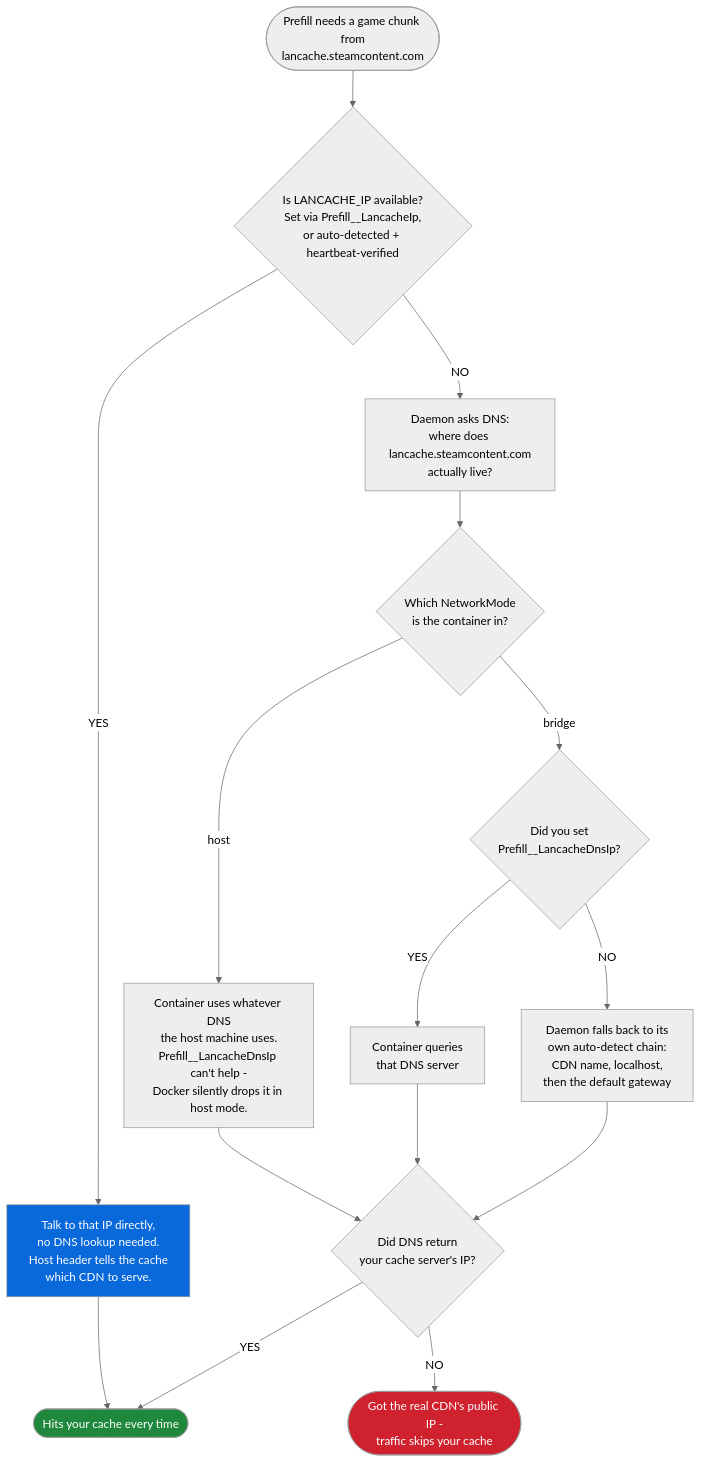
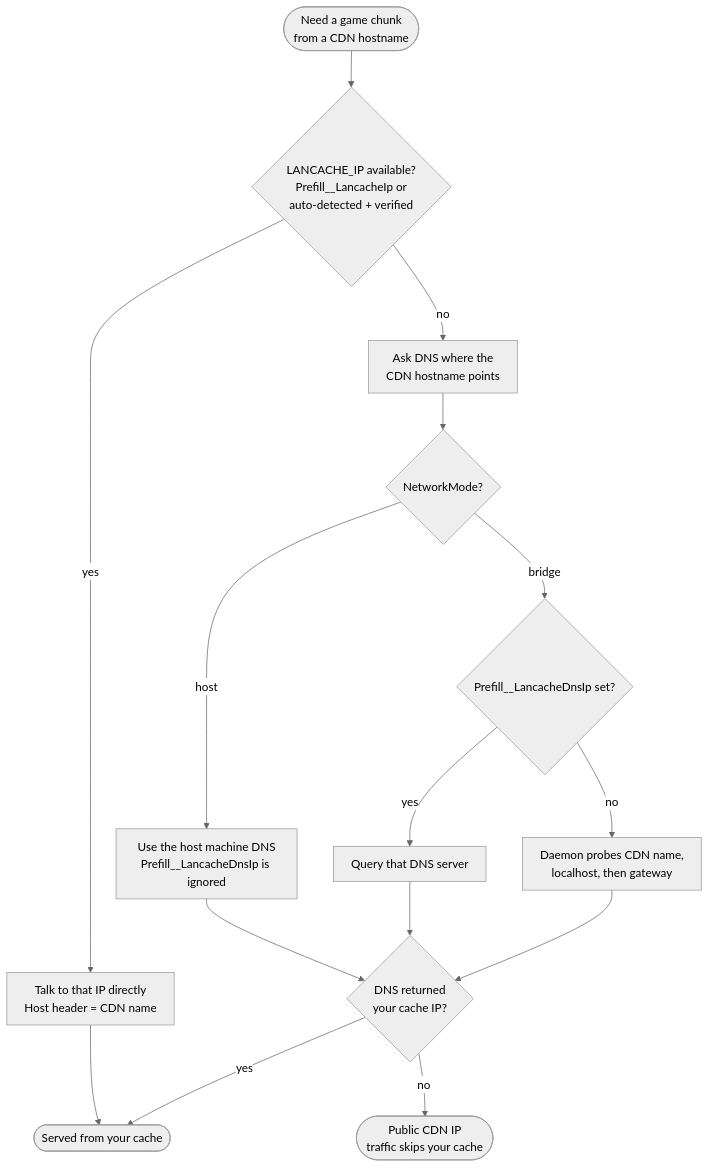
The diagram in docs-site/content/prefill.en.md (regix1/lancache-manager), drawn with Mermaid (neutral theme) before and after one commit. The commit also changed other lines of this file and 20 other files, not shown here.

First line of the commit message:
Fix Prefill Mermaid routing, add env-var copy buttons, and refresh docs tooling.

````diff
--- a/docs-site/content/prefill.en.md
+++ b/docs-site/content/prefill.en.md
@@ -185,30 +184,32 @@
-```mermaid
-flowchart TD
-    Start([Prefill needs a game chunk from<br/>lancache.steamcontent.com])
-    LIP{Is LANCACHE_IP available?<br/>Set via Prefill__LancacheIp,<br/>or auto-detected + heartbeat-verified}
+    ```mermaid
+    ---
+    config:
+      flowchart:
+        curve: basis
+        padding: 12
+    ---
+    flowchart TD
+      Start([Need a game chunk<br/>from a CDN hostname])
+      HasIp{LANCACHE_IP available?<br/>Prefill__LancacheIp or<br/>auto-detected + verified}
 
-    Start --> LIP
+      Start --> HasIp
 
-    LIP -->|YES| Direct[Talk to that IP directly,<br/>no DNS lookup needed.<br/>Host header tells the cache<br/>which CDN to serve.]
-    Direct --> OK([Hits your cache every time])
+      HasIp -->|yes| Direct[Talk to that IP directly<br/>Host header = CDN name]
+      Direct --> Hit([Served from your cache])
 
-    LIP -->|NO| DNS[Daemon asks DNS:<br/>where does lancache.steamcontent.com<br/>actually live?]
-    DNS --> Mode{Which NetworkMode<br/>is the container in?}
+      HasIp -->|no| AskDns[Ask DNS where the<br/>CDN hostname points]
+      AskDns --> Mode{NetworkMode?}
 
-    Mode -->|host| HostDNS[Container uses whatever DNS<br/>the host machine uses.<br/>Prefill__LancacheDnsIp can't help -<br/>Docker silently drops it in host mode.]
-    Mode -->|bridge| BridgeDNS{Did you set<br/>Prefill__LancacheDnsIp?}
+      Mode -->|host| HostDns[Use the host machine DNS<br/>Prefill__LancacheDnsIp is ignored]
+      Mode -->|bridge| Bridge{Prefill__LancacheDnsIp set?}
 
-    BridgeDNS -->|YES| ForcedDNS[Container queries<br/>that DNS server]
-    BridgeDNS -->|NO| AutoDetect[Daemon falls back to its<br/>own auto-detect chain:<br/>CDN name, localhost,<br/>then the default gateway]
+      Bridge -->|yes| Forced[Query that DNS server]
+      Bridge -->|no| Probe[Daemon probes CDN name,<br/>localhost, then gateway]
 
-    HostDNS --> Outcome{Did DNS return<br/>your cache server's IP?}
-    ForcedDNS --> Outcome
-    AutoDetect --> Outcome
+      HostDns --> Resolved{DNS returned<br/>your cache IP?}
+      Forced --> Resolved
+      Probe --> Resolved
 
-    Outcome -->|YES| OK
-    Outcome -->|NO| Public([Got the real CDN's public IP -<br/>traffic skips your cache])
-
-    style OK fill:#1f883d,color:#fff
-    style Public fill:#cf222e,color:#fff
-    style Direct fill:#0969da,color:#fff
-```
+      Resolved -->|yes| Hit
+      Resolved -->|no| Miss([Public CDN IP<br/>traffic skips your cache])
+    ```
````
